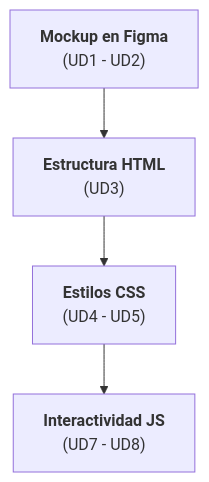
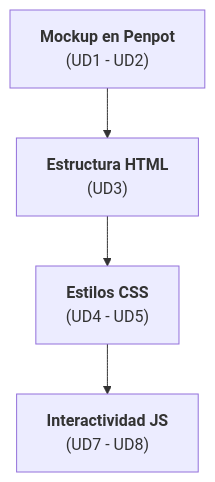
The first of 5 diagrams in docs/ud3.md (jmfiorisies/diw), drawn with Mermaid before and after one commit. The commit also changed other lines of this file and 3 other files, not shown here.

````diff
--- a/docs/ud3.md
+++ b/docs/ud3.md
@@ -5,7 +5,7 @@
 ```mermaid
 flowchart TD
-    A["<b>Mockup en Figma</b><br/>(UD1 - UD2)"] --> B["<b>Estructura HTML</b><br/>(UD3)"]
+    A["<b>Mockup en Penpot</b><br/>(UD1 - UD2)"] --> B["<b>Estructura HTML</b><br/>(UD3)"]
     B --> C["<b>Estilos CSS</b><br/>(UD4 - UD5)"]
     C --> D["<b>Interactividad JS</b><br/>(UD7 - UD8)"]
 
 ```
````
